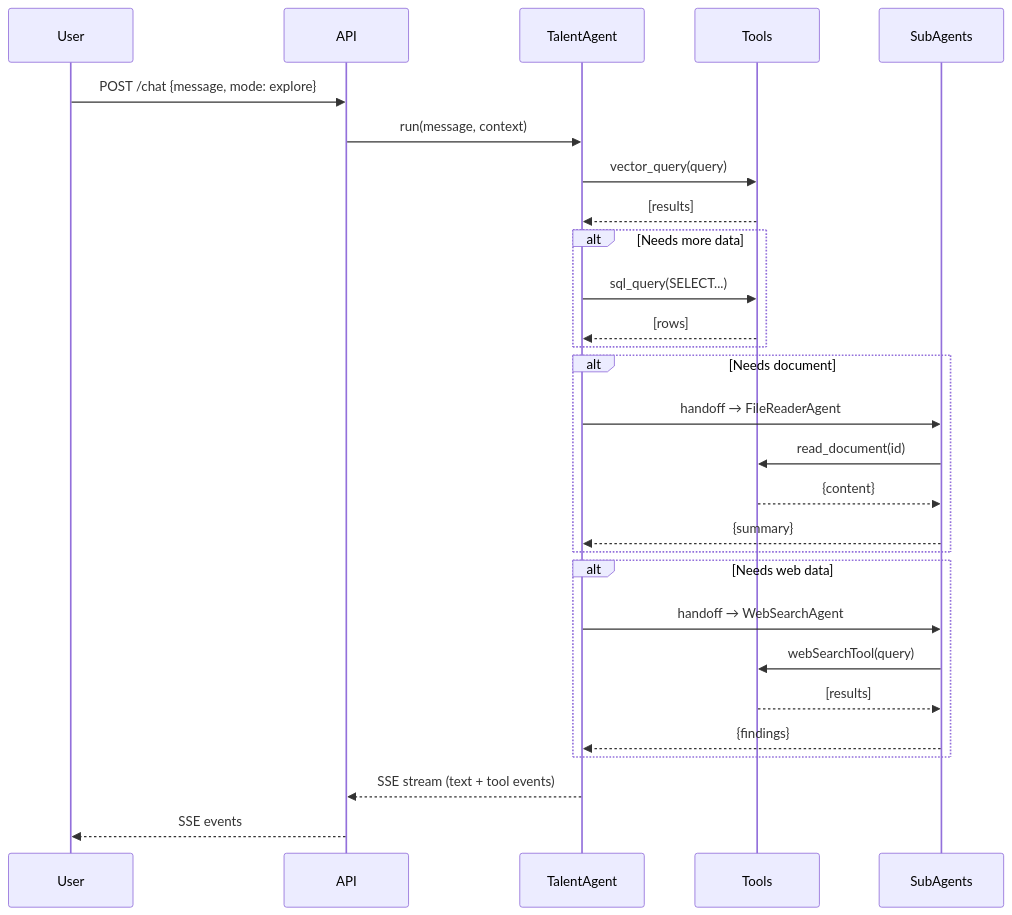
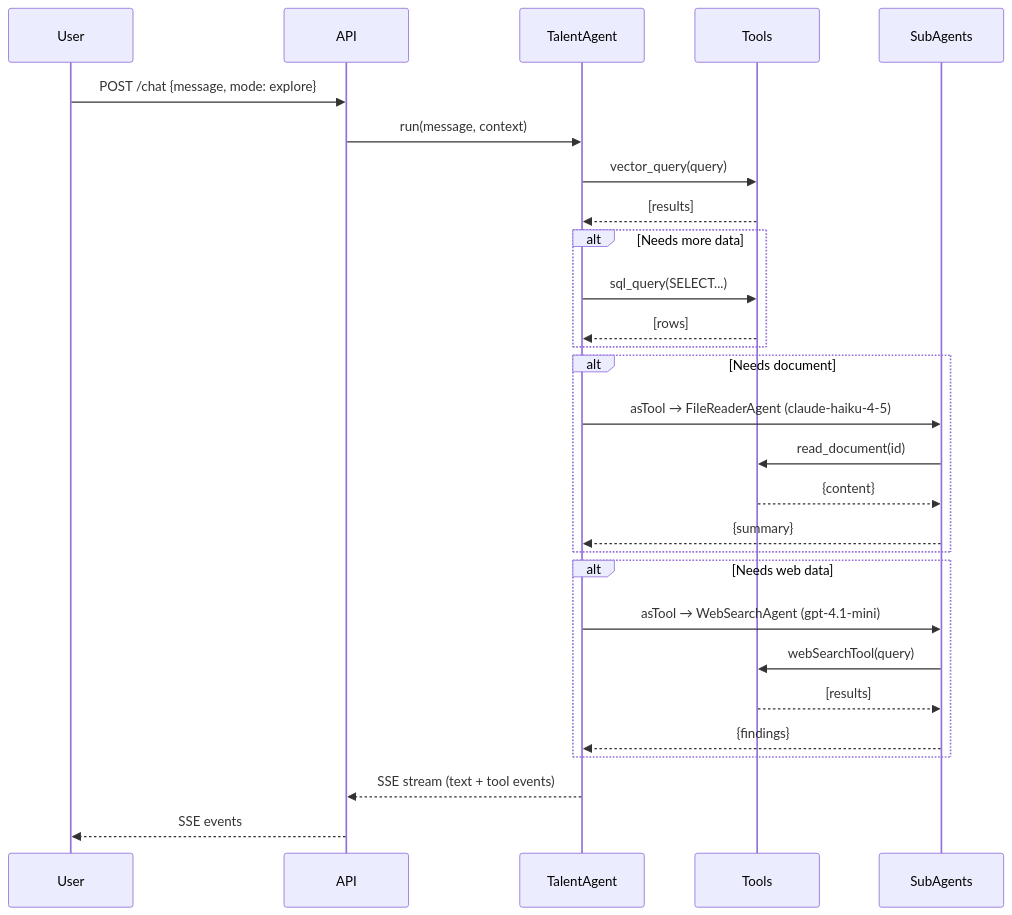
Before and after one commit to EtudeskProjects/etudesk_os: the first of 3 diagrams in docs/COPILOT_AGENT_ARCHITECTURE.md, drawn with Mermaid. The commit also changed other lines of this file and 195 other files, not shown here.

````diff
--- a/docs/COPILOT_AGENT_ARCHITECTURE.md
+++ b/docs/COPILOT_AGENT_ARCHITECTURE.md
@@ -1067,36 +1078,36 @@
 ```mermaid
 sequenceDiagram
     participant User
     participant API
     participant TalentAgent
     participant Tools
     participant SubAgents
 
     User->>API: POST /chat {message, mode: explore}
     API->>TalentAgent: run(message, context)
 
     TalentAgent->>Tools: vector_query(query)
     Tools-->>TalentAgent: [results]
 
     alt Needs more data
         TalentAgent->>Tools: sql_query(SELECT...)
         Tools-->>TalentAgent: [rows]
     end
 
     alt Needs document
-        TalentAgent->>SubAgents: handoff → FileReaderAgent
+        TalentAgent->>SubAgents: asTool → FileReaderAgent (claude-haiku-4-5)
         SubAgents->>Tools: read_document(id)
         Tools-->>SubAgents: {content}
         SubAgents-->>TalentAgent: {summary}
     end
 
     alt Needs web data
-        TalentAgent->>SubAgents: handoff → WebSearchAgent
+        TalentAgent->>SubAgents: asTool → WebSearchAgent (gpt-4.1-mini)
         SubAgents->>Tools: webSearchTool(query)
         Tools-->>SubAgents: [results]
         SubAgents-->>TalentAgent: {findings}
     end
 
     TalentAgent-->>API: SSE stream (text + tool events)
     API-->>User: SSE events
 ```
````
